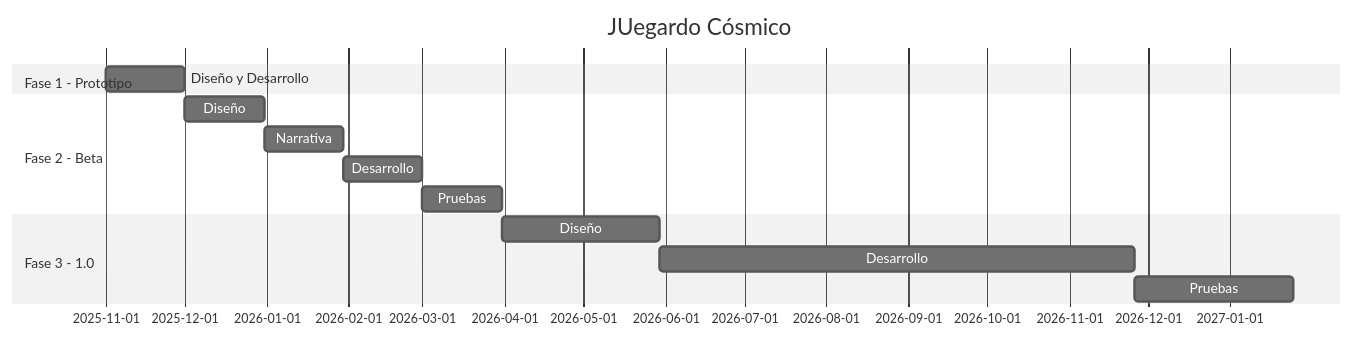
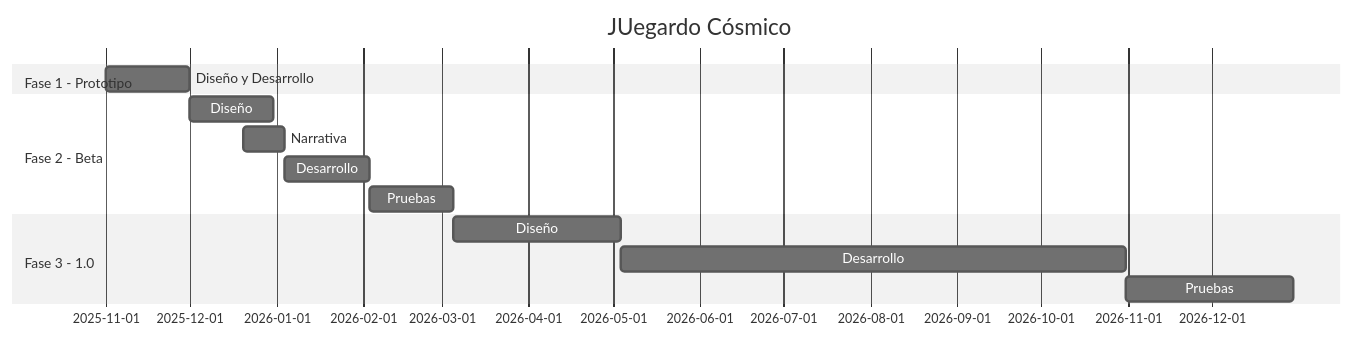
Before and after one commit to miguelancabezon/IGPS: the fifth of 8 diagrams in temario/4-markdown/clase-8-markdown-avanzado.md, drawn with Mermaid (neutral theme). The commit also changed other lines of this file, not shown here.

````diff
--- a/temario/4-markdown/clase-8-markdown-avanzado.md
+++ b/temario/4-markdown/clase-8-markdown-avanzado.md
@@ -261,16 +261,16 @@
 ```mermaid
 gantt
     title JUegardo Cósmico
     dateFormat  YYYY-MM-DD
     section Fase 1 - Prototipo
     Diseño y Desarrollo           :a1, 2025-11-01, 30d
     section Fase 2 - Beta
     Diseño           :a2, after a1, 30d
-    Narrativa        :a3, after a2, 30d
+    Narrativa        :a3, 2025-12-20, 15d
     Desarrollo       :a4, after a3, 30d
     Pruebas          :a5, after a4, 30d
     section Fase 3 - 1.0
     Diseño           :a6, after a5, 60d
     Desarrollo       :a7, after a6, 180d
     Pruebas          :a8, after a7, 60d
 ```
````
